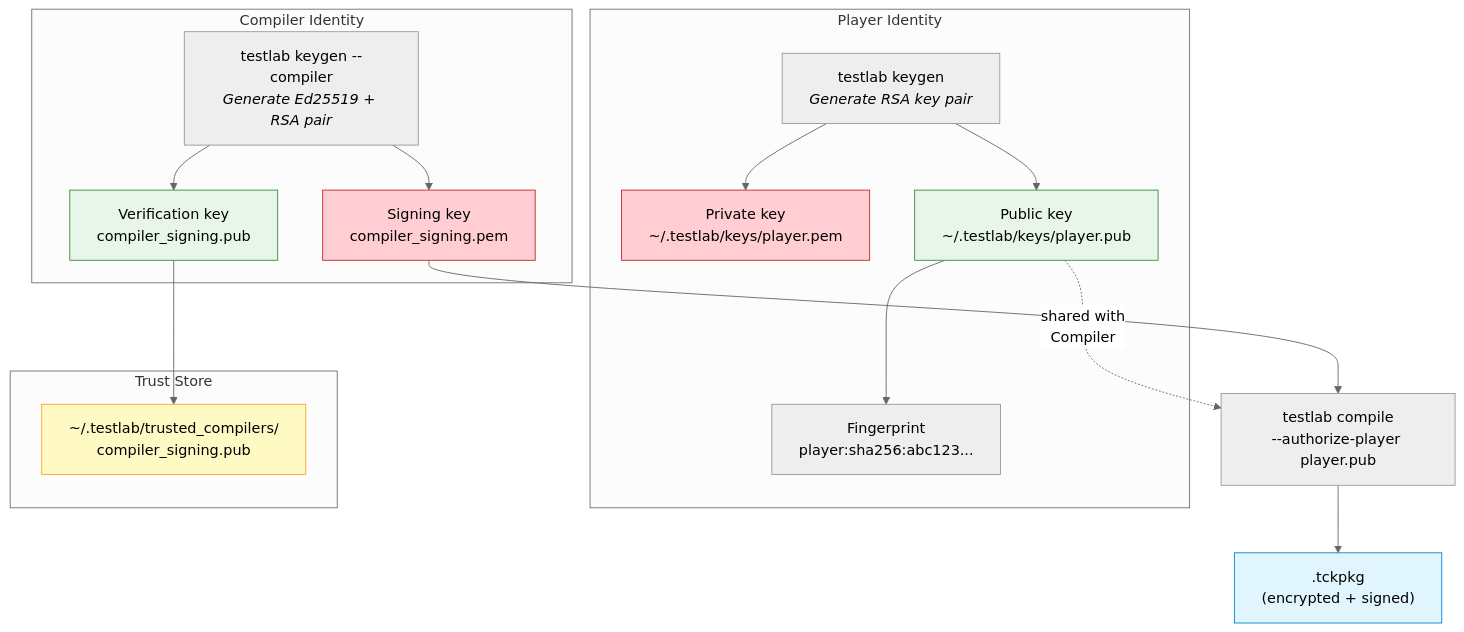
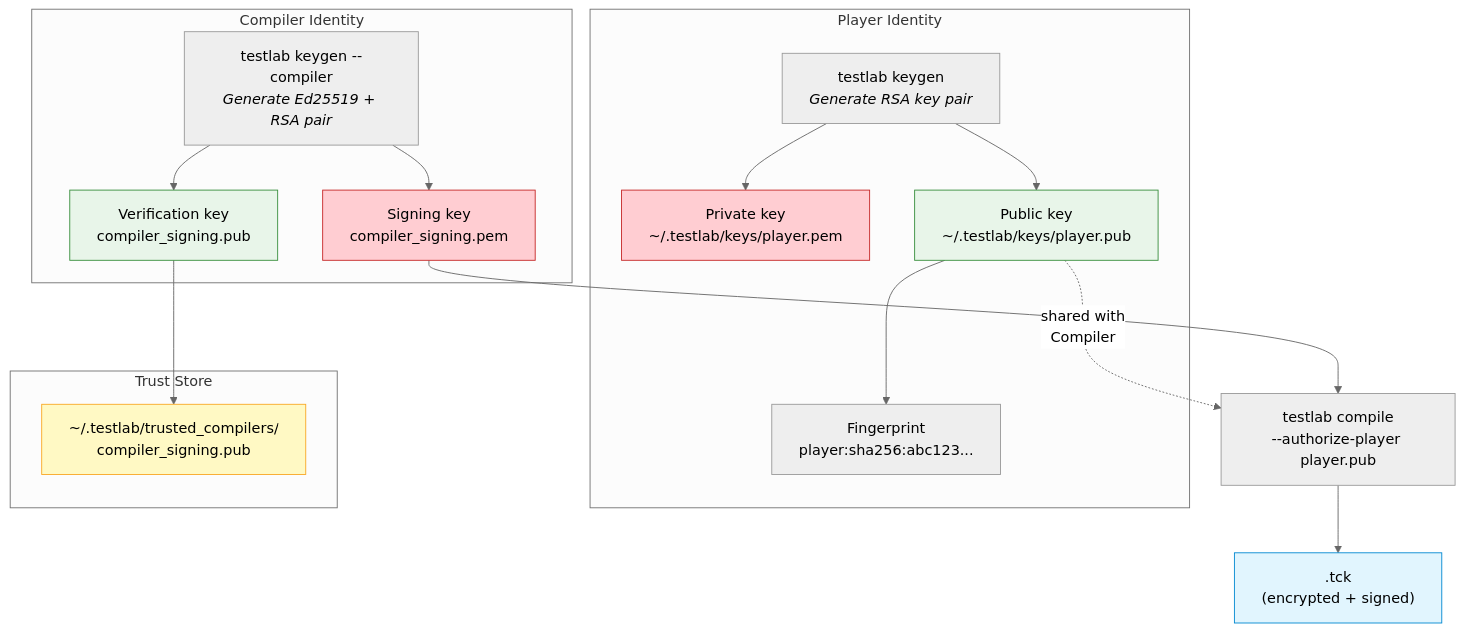
One commit to eclipse-tractusx/tractusx-testlab changed diagram 12 of 15 in docs/specification/specification/concepts.md. Above: the diagram before and after it, drawn with Mermaid (neutral theme). The commit also changed other lines of this file and 305 other files, not shown here.

````diff
--- a/docs/specification/specification/concepts.md
+++ b/docs/specification/specification/concepts.md
@@ -475,28 +475,28 @@
 ```mermaid
 graph TD
     subgraph "Player Identity"
         KEYGEN["testlab keygen<br/><i>Generate RSA key pair</i>"] --> PRIV["Private key<br/>~/.testlab/keys/player.pem"]
         KEYGEN --> PUB["Public key<br/>~/.testlab/keys/player.pub"]
         PUB --> FP["Fingerprint<br/>player:sha256:abc123..."]
     end
 
     subgraph "Compiler Identity"
         CKEYGEN["testlab keygen --compiler<br/><i>Generate Ed25519 + RSA pair</i>"] --> CPRIV["Signing key<br/>compiler_signing.pem"]
         CKEYGEN --> CPUB["Verification key<br/>compiler_signing.pub"]
     end
 
     subgraph "Trust Store"
         CPUB --> TS["~/.testlab/trusted_compilers/<br/>compiler_signing.pub"]
     end
 
     PUB -. "shared with<br/>Compiler" .-> COMPILE["testlab compile<br/>--authorize-player player.pub"]
     CPRIV --> COMPILE
-    COMPILE --> TESTPKG[".tckpkg<br/>(encrypted + signed)"]
+    COMPILE --> TESTPKG[".tck<br/>(encrypted + signed)"]
 
     style PRIV fill:#ffcdd2,stroke:#c62828
     style CPRIV fill:#ffcdd2,stroke:#c62828
     style PUB fill:#e8f5e9,stroke:#388e3c
     style CPUB fill:#e8f5e9,stroke:#388e3c
     style TESTPKG fill:#e1f5fe,stroke:#0288d1
     style TS fill:#fff9c4,stroke:#f9a825
 ```
````
